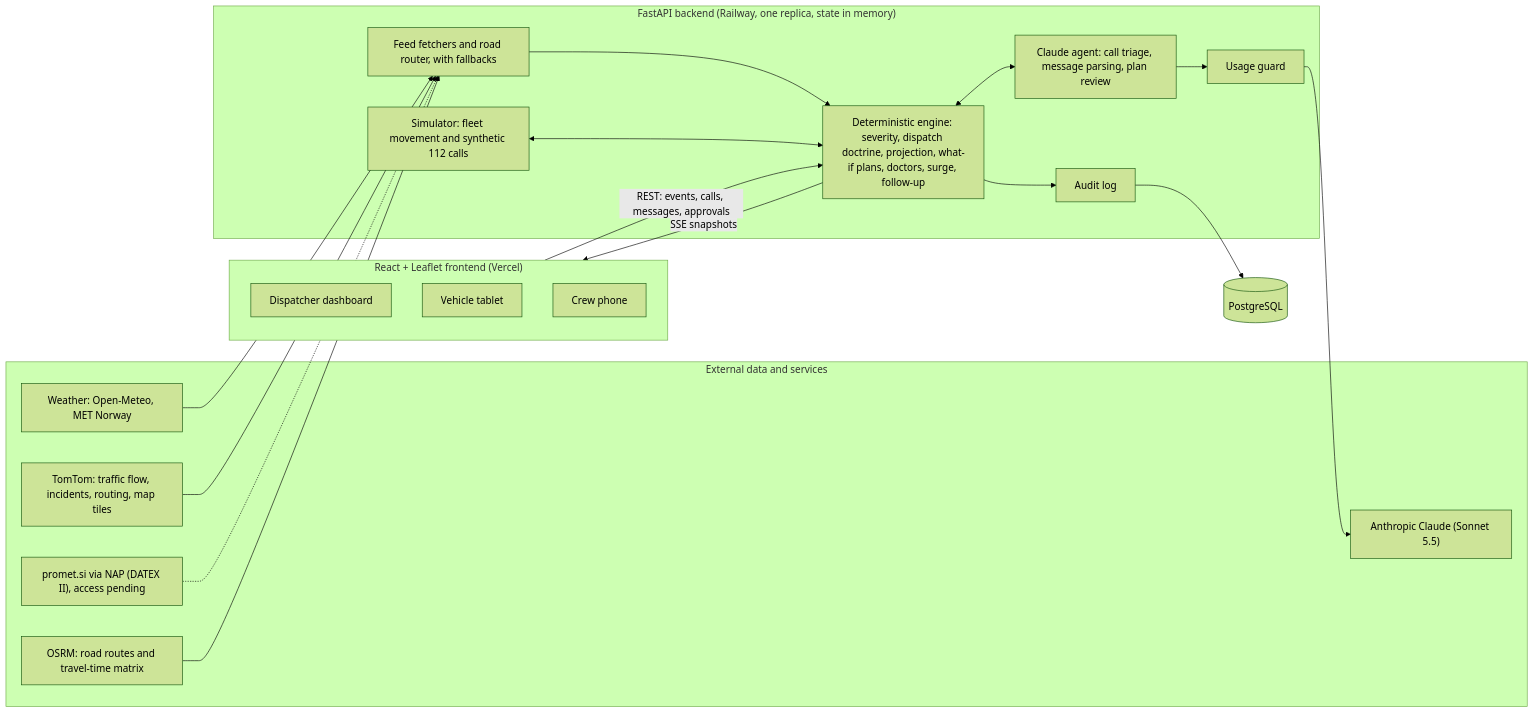
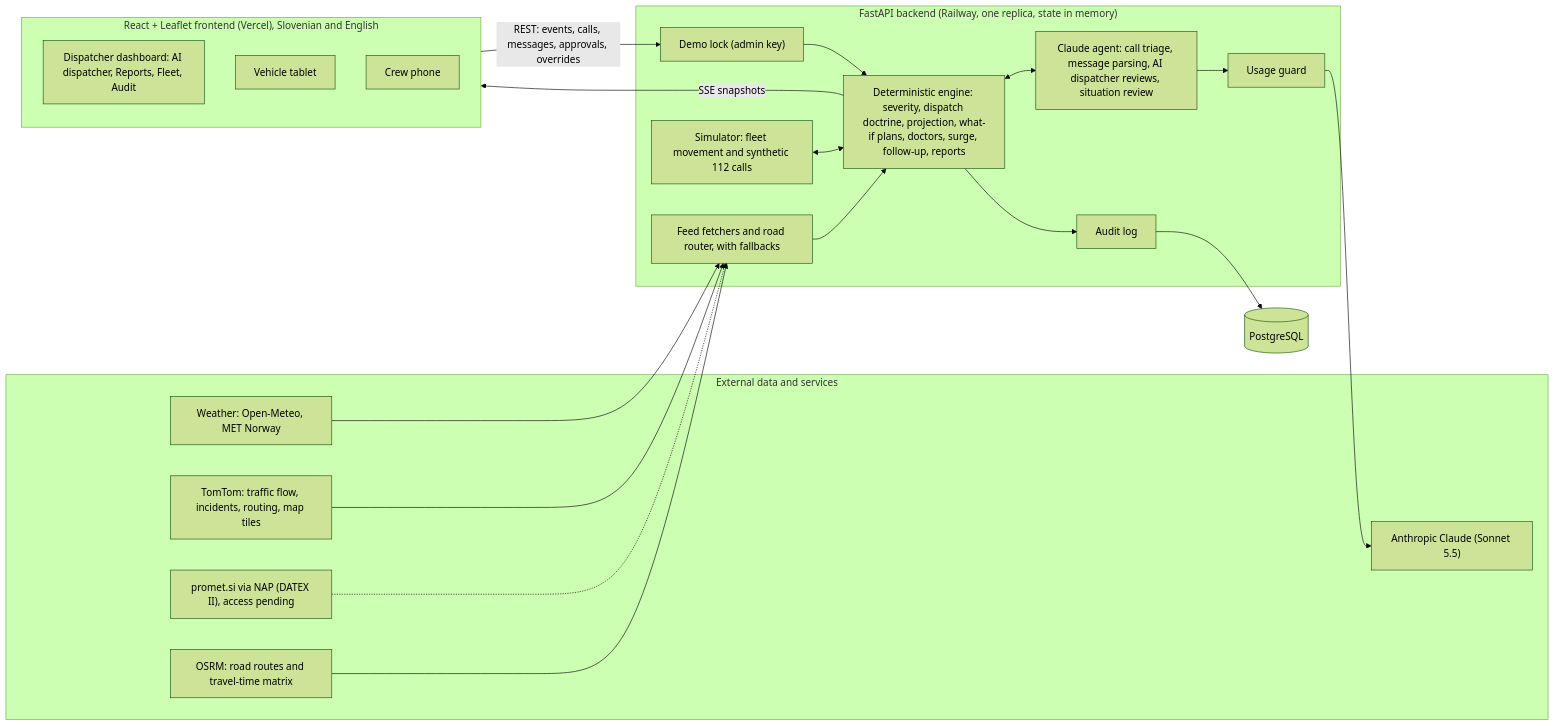
The diagram in README.md (0900B/ada-hackathon), drawn with Mermaid (forest theme) before and after one commit. The commit also changed other lines of this file and 6 other files, not shown here.

````diff
--- a/README.md
+++ b/README.md
@@ -138,39 +151,40 @@
 ```mermaid
 flowchart LR
     subgraph EXT["External data and services"]
         W["Weather: Open-Meteo, MET Norway"]
         T["TomTom: traffic flow, incidents, routing, map tiles"]
         N["promet.si via NAP (DATEX II), access pending"]
         O["OSRM: road routes and travel-time matrix"]
         C["Anthropic Claude (Sonnet 5.5)"]
     end
 
     subgraph BE["FastAPI backend (Railway, one replica, state in memory)"]
+        K["Demo lock (admin key)"]
         F["Feed fetchers and road router, with fallbacks"]
         S["Simulator: fleet movement and synthetic 112 calls"]
-        E["Deterministic engine: severity, dispatch doctrine, projection, what-if plans, doctors, surge, follow-up"]
-        A["Claude agent: call triage, message parsing, plan review"]
+        E["Deterministic engine: severity, dispatch doctrine, projection, what-if plans, doctors, surge, follow-up, reports"]
+        A["Claude agent: call triage, message parsing, AI dispatcher reviews, situation review"]
         G["Usage guard"]
         L["Audit log"]
     end
 
     PG[("PostgreSQL")]
 
-    subgraph FE["React + Leaflet frontend (Vercel)"]
-        D["Dispatcher dashboard"]
+    subgraph FE["React + Leaflet frontend (Vercel), Slovenian and English"]
+        D["Dispatcher dashboard: AI dispatcher, Reports, Fleet, Audit"]
         TB["Vehicle tablet"]
         CP["Crew phone"]
     end
 
     W --> F
     T --> F
     N -.-> F
     O --> F
     F --> E
     S <--> E
     E <--> A
     A --> G --> C
     E --> L --> PG
     E -- "SSE snapshots" --> FE
-    FE -- "REST: events, calls, messages, approvals" --> E
+    FE -- "REST: events, calls, messages, approvals, overrides" --> K --> E
 ```
````
